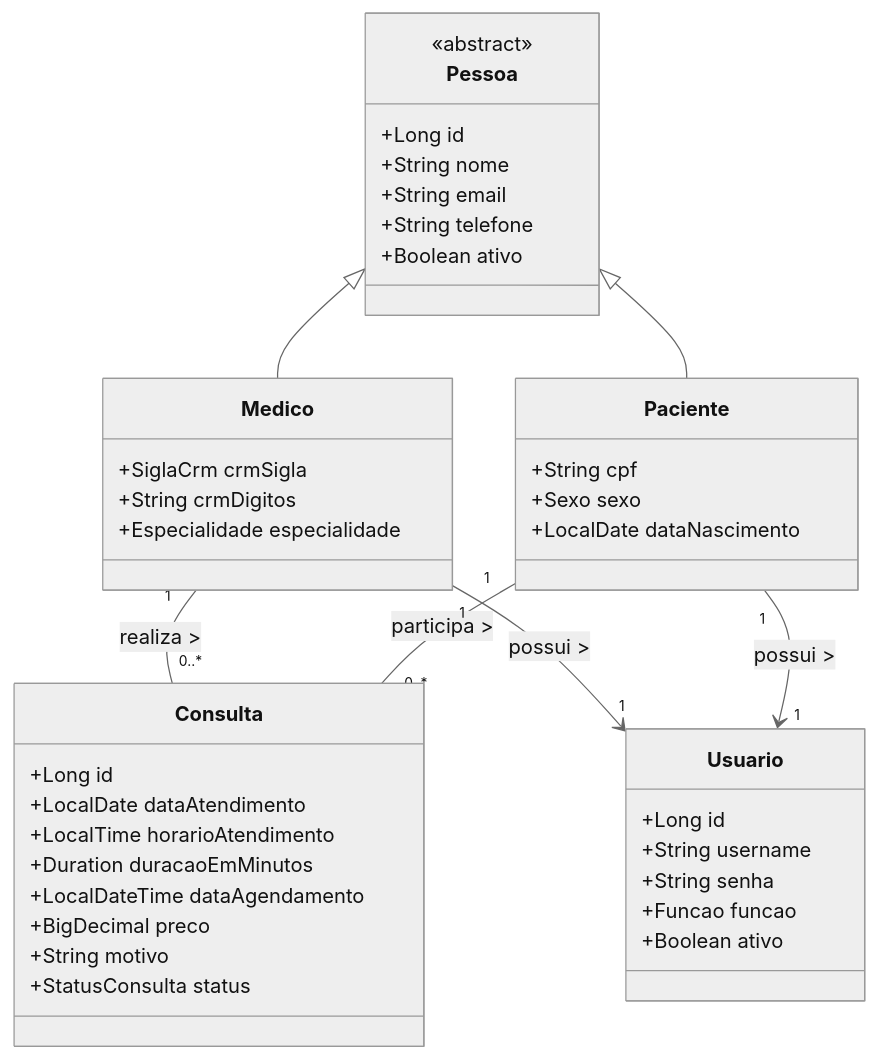
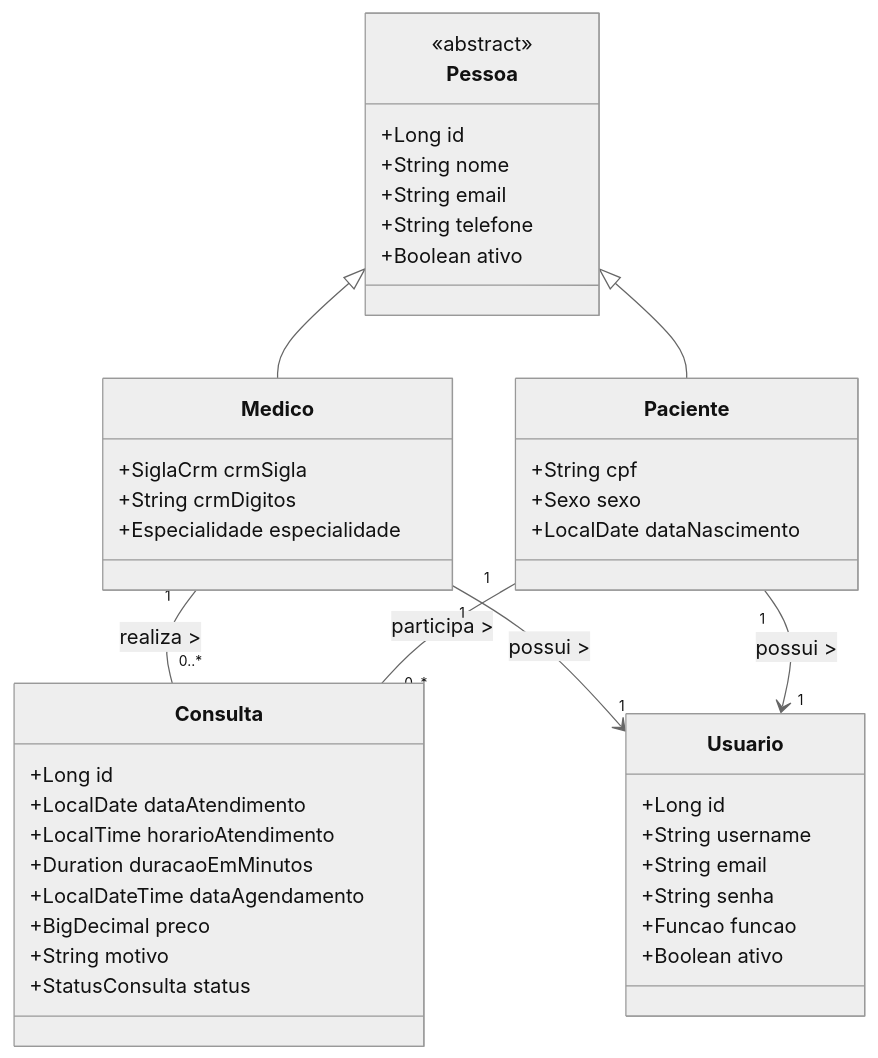
One commit to wastecoder/spring-api-consultas-medicas changed the diagram in README.md. Above: the diagram before and after it, drawn with Mermaid (neutral theme). The commit also changed other lines of this file and 34 other files, not shown here.

````diff
--- a/README.md
+++ b/README.md
@@ -15,53 +15,54 @@
 ```mermaid
 classDiagram
     %% Classes principais
     class Pessoa {
         <<abstract>>
         +Long id
         +String nome
         +String email
         +String telefone
         +Boolean ativo
     }
 
     class Paciente {
         +String cpf
         +Sexo sexo
         +LocalDate dataNascimento
     }
 
     class Medico {
         +SiglaCrm crmSigla
         +String crmDigitos
         +Especialidade especialidade
     }
 
     class Consulta {
         +Long id
         +LocalDate dataAtendimento
         +LocalTime horarioAtendimento
         +Duration duracaoEmMinutos
         +LocalDateTime dataAgendamento
         +BigDecimal preco
         +String motivo
         +StatusConsulta status
     }
 
     class Usuario {
         +Long id
         +String username
+        +String email
         +String senha
         +Funcao funcao
         +Boolean ativo
     }
 
     %% Heranças
     Pessoa <|-- Paciente
     Pessoa <|-- Medico
 
     %% Relacionamentos
     Medico "1" -- "0..*" Consulta : realiza >
     Paciente "1" -- "0..*" Consulta : participa >
     Medico "1" --> "1" Usuario : possui >
     Paciente "1" --> "1" Usuario : possui >
 ```
````
